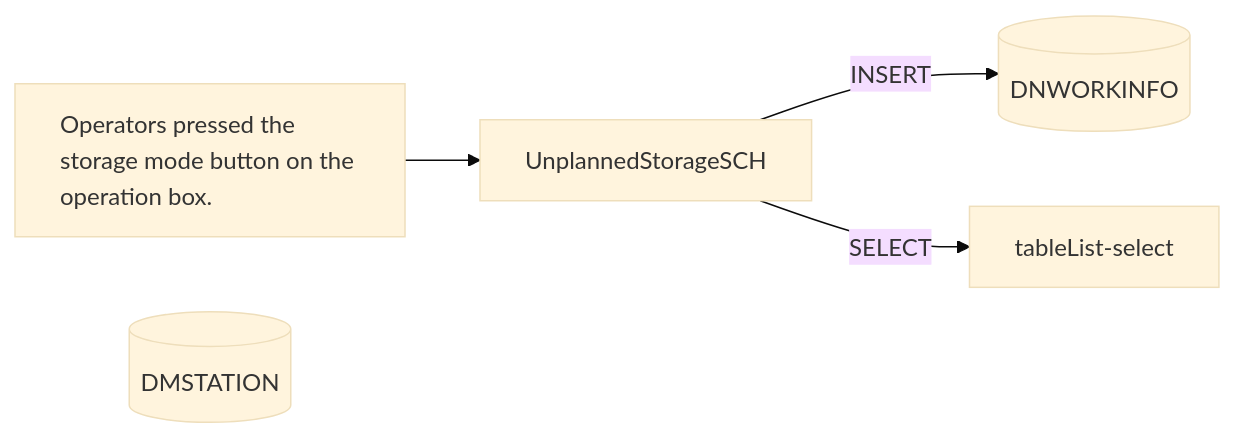
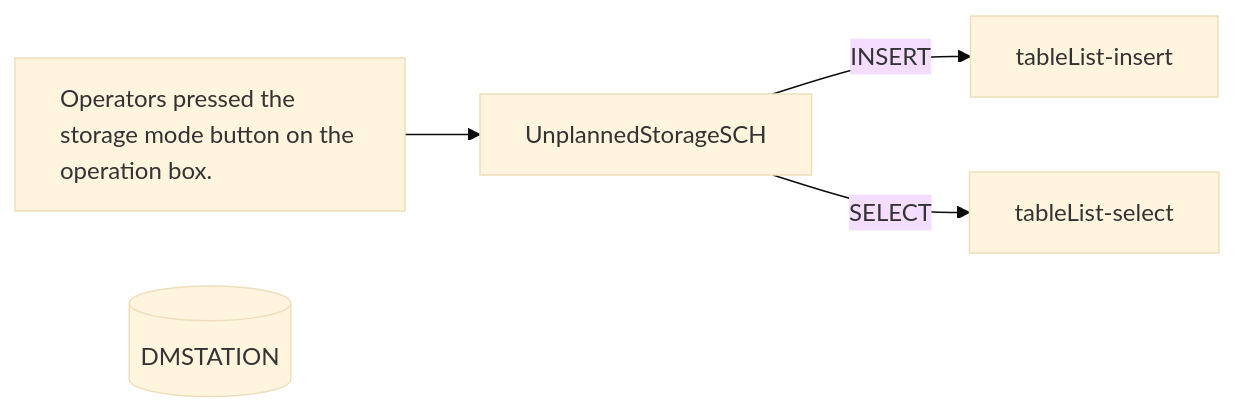
Before and after one commit to luthfiadityaa/SimeDarby-Wiki: the first of 21 diagrams in Basic-Design/DFD-WMS/Storage/Unplanned-Storage/Unplanned-Storage-from-HP.md, drawn with Mermaid (base theme).

Commit message:
Updated Unplanned Storage from HP

```diff
--- a/Basic-Design/DFD-WMS/Storage/Unplanned-Storage/Unplanned-Storage-from-HP.md
+++ b/Basic-Design/DFD-WMS/Storage/Unplanned-Storage/Unplanned-Storage-from-HP.md
@@ -51,23 +51,19 @@
 ::: mermaid
 flowchart LR
     input[
         Operators pressed the storage mode button on the operation box.      
     ]
-
-    tableList-insert[("
-        DNWORKINFO
-    ")]
 
     tableList-update[("
         DMSTATION
     ")]
 
 
     className[UnplannedStorageSCH]
 
     input --> className --> |INSERT| tableList-insert
     className --> |SELECT| tableList-select
 
     classDef leftAlign text-align:left;
     class input leftAlign;
 :::
```
